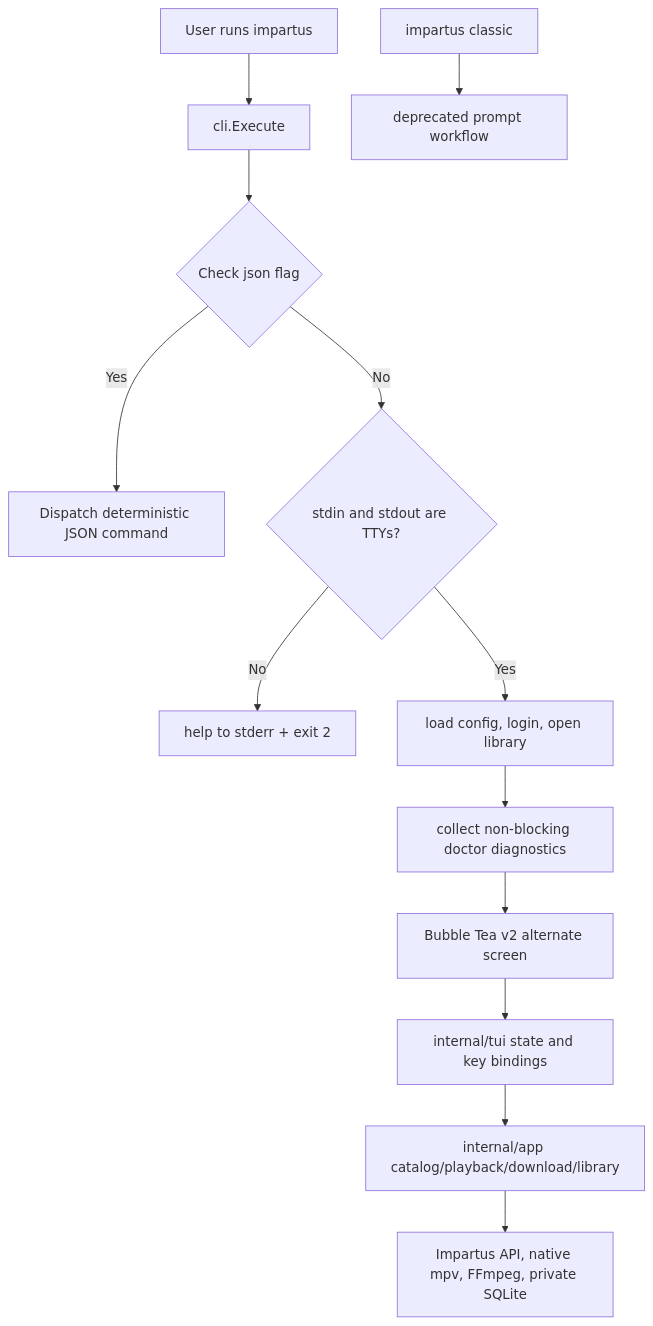
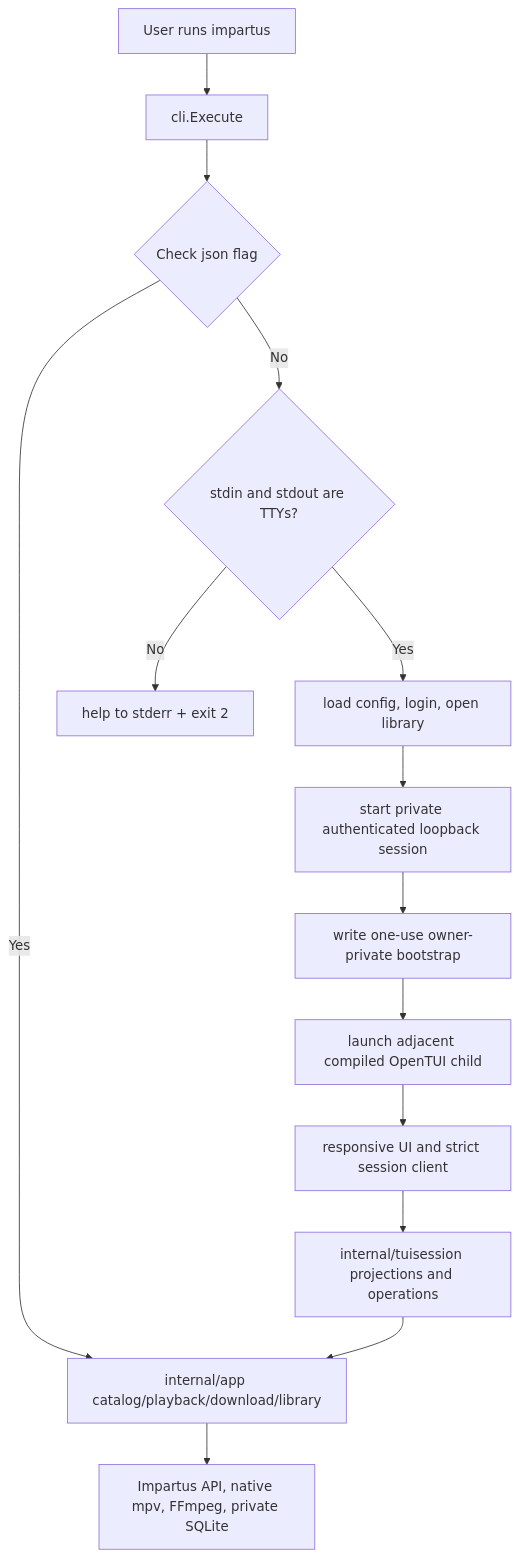
The first of 7 diagrams in docs/architecture.md (rabesss/impartus-cli), drawn with Mermaid before and after one commit. The commit also changed other lines of this file and 31 other files, not shown here.

````diff
--- a/docs/architecture.md
+++ b/docs/architecture.md
@@ -29,15 +27,16 @@
 ```mermaid
 flowchart TD
   A[User runs impartus] --> B[cli.Execute]
   B --> C{Check json flag}
   C -- Yes --> L[Dispatch deterministic JSON command]
   C -- No --> D{stdin and stdout are TTYs?}
   D -- No --> E[help to stderr + exit 2]
   D -- Yes --> F[load config, login, open library]
-  F --> G[collect non-blocking doctor diagnostics]
-  G --> H[Bubble Tea v2 alternate screen]
-  H --> I[internal/tui state and key bindings]
-  I --> J[internal/app catalog/playback/download/library]
-  J --> K[Impartus API, native mpv, FFmpeg, private SQLite]
-  M[impartus classic] --> N[deprecated prompt workflow]
+  F --> G[start private authenticated loopback session]
+  G --> H[write one-use owner-private bootstrap]
+  H --> I[launch adjacent compiled OpenTUI child]
+  I --> J[responsive UI and strict session client]
+  J --> K[internal/tuisession projections and operations]
+  K --> L[internal/app catalog/playback/download/library]
+  L --> M[Impartus API, native mpv, FFmpeg, private SQLite]
 ```
````
